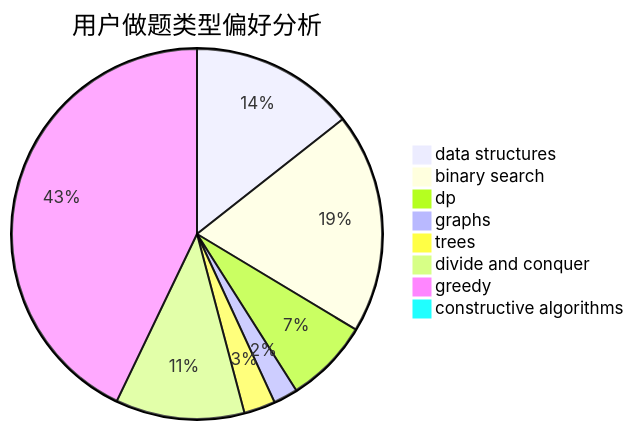
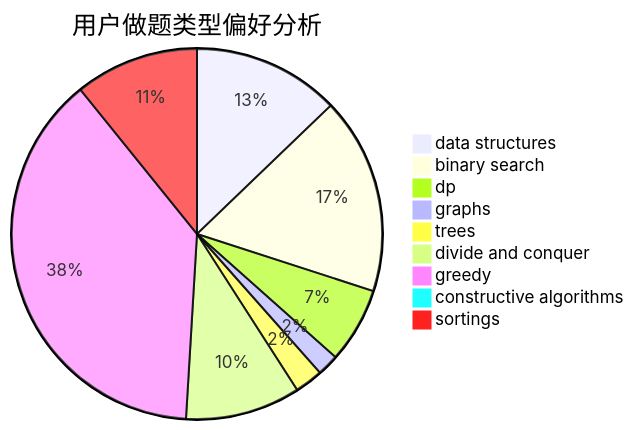
The second of 3 diagrams in docs/user/u2734.md (sherpahu/cfrs.github.io), drawn with Mermaid before and after one commit. The commit also changed other lines of this file and 2769 other files, not shown here.

````diff
--- a/docs/user/u2734.md
+++ b/docs/user/u2734.md
@@ -23,11 +18,12 @@
 ```mermaid
 pie title 用户做题类型偏好分析
     "data structures" :  115
     "binary search" :  154
     "dp" :  59
     "graphs" :  17
     "trees" :  22
     "divide and conquer" :  90
     "greedy" :  343
     "constructive algorithms" :  4
+    "sortings" :  97
 ```
````
